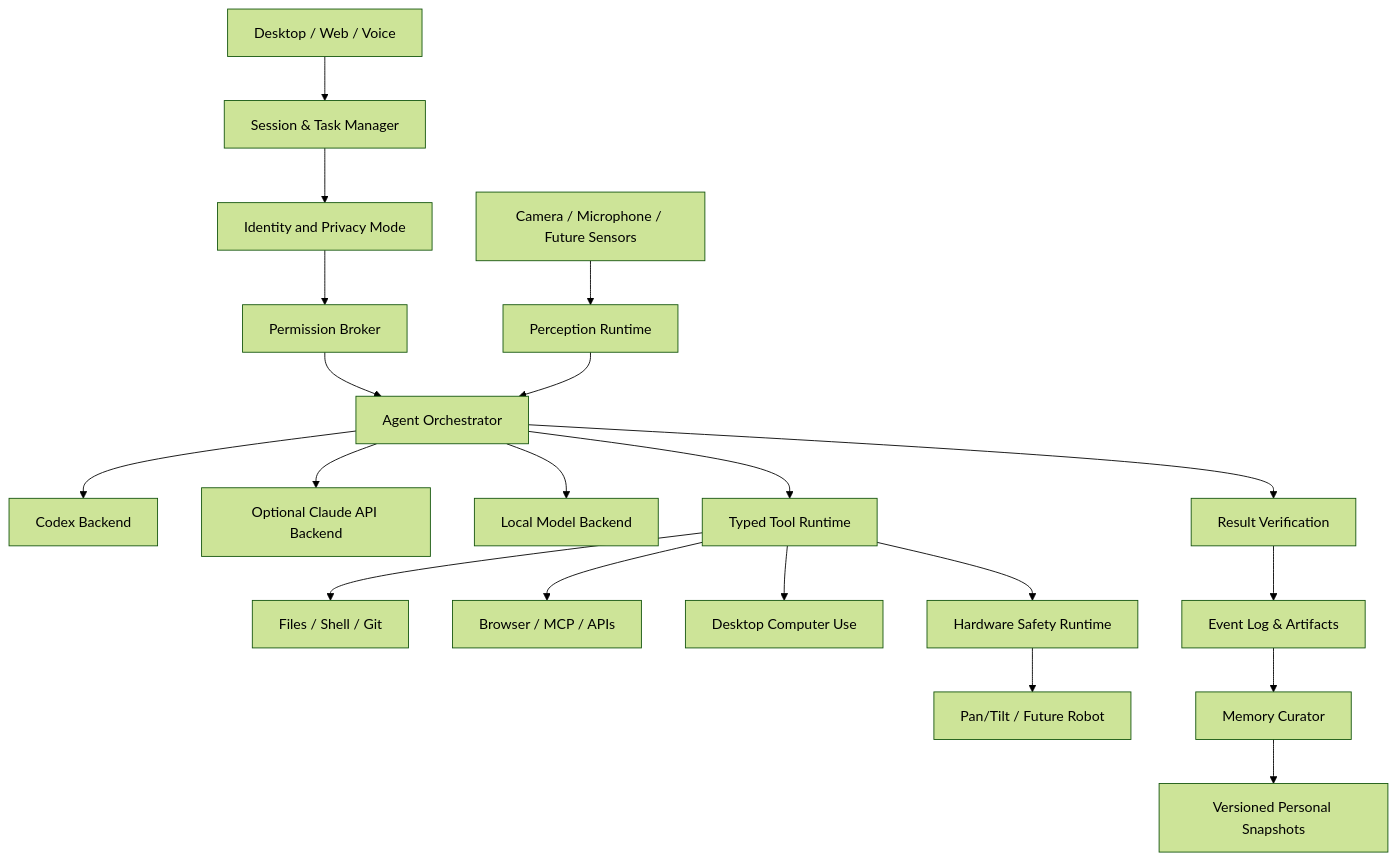
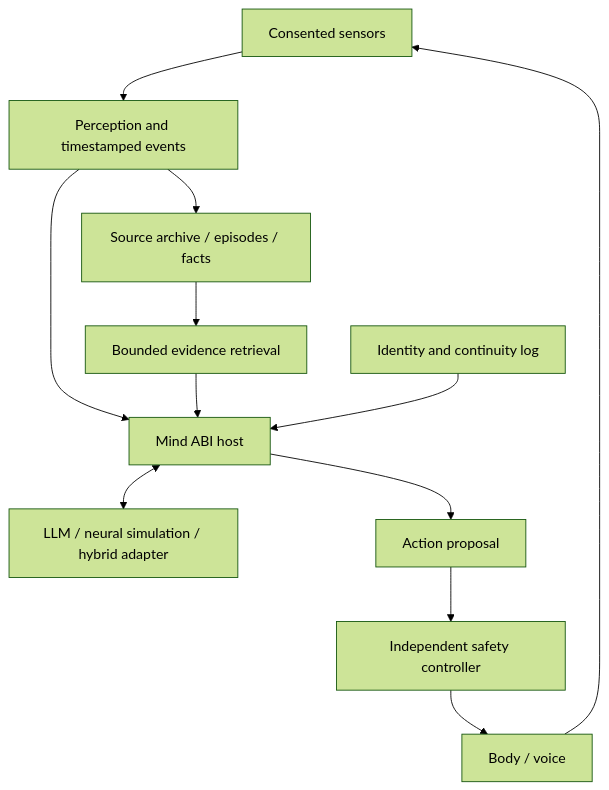
Before and after one commit to MyFirstProd/PAIStation: the diagram in README.md, drawn with Mermaid (forest theme). The commit also changed other lines of this file and 3 other files, not shown here.

Commit message:
docs: refocus on embodied memory and propose Mind ABI research contract

````diff
--- a/README.md
+++ b/README.md
@@ -48,26 +36,14 @@
 ```mermaid
 flowchart TD
-    UI[Desktop / Web / Voice] --> SESSION[Session & Task Manager]
-    SESSION --> MODE[Identity and Privacy Mode]
-    MODE --> POLICY[Permission Broker]
-    POLICY --> ORCH[Agent Orchestrator]
-
-    ORCH --> CODEX[Codex Backend]
-    ORCH --> CLAUDE[Optional Claude API Backend]
-    ORCH --> LOCAL[Local Model Backend]
-    ORCH --> TOOLS[Typed Tool Runtime]
-
-    SENSORS[Camera / Microphone / Future Sensors] --> PERCEPTION[Perception Runtime]
-    PERCEPTION --> ORCH
-
-    TOOLS --> FS[Files / Shell / Git]
-    TOOLS --> WEB[Browser / MCP / APIs]
-    TOOLS --> PC[Desktop Computer Use]
-    TOOLS --> HWSAFE[Hardware Safety Runtime]
-    HWSAFE --> BODY[Pan/Tilt / Future Robot]
-
-    ORCH --> VERIFY[Result Verification]
-    VERIFY --> EVENTS[Event Log & Artifacts]
-    EVENTS --> MEMORY[Memory Curator]
-    MEMORY --> SNAPSHOTS[Versioned Personal Snapshots]
+    S[Consented sensors] --> P[Perception and timestamped events]
+    P --> M[Source archive / episodes / facts]
+    P --> ABI[Mind ABI host]
+    M --> R[Bounded evidence retrieval]
+    R --> ABI
+    I[Identity and continuity log] --> ABI
+    ABI <--> C[LLM / neural simulation / hybrid adapter]
+    ABI --> A[Action proposal]
+    A --> SAFE[Independent safety controller]
+    SAFE --> B[Body / voice]
+    B --> S
 ```
````
